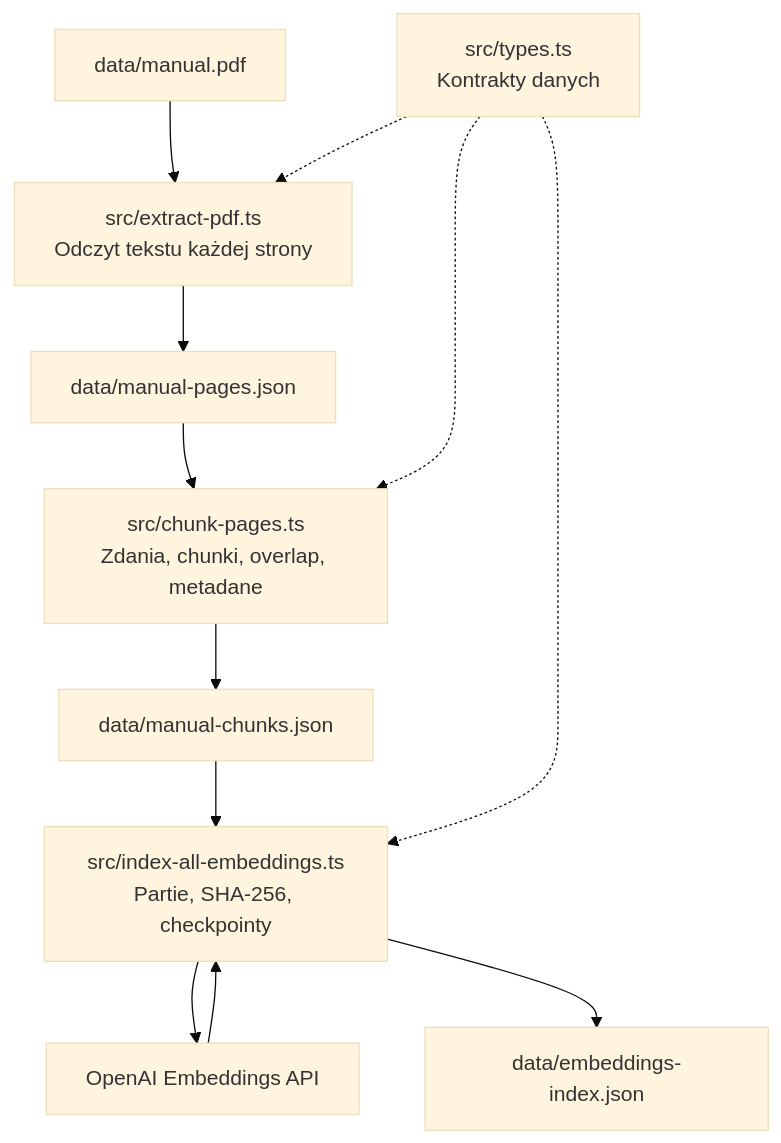
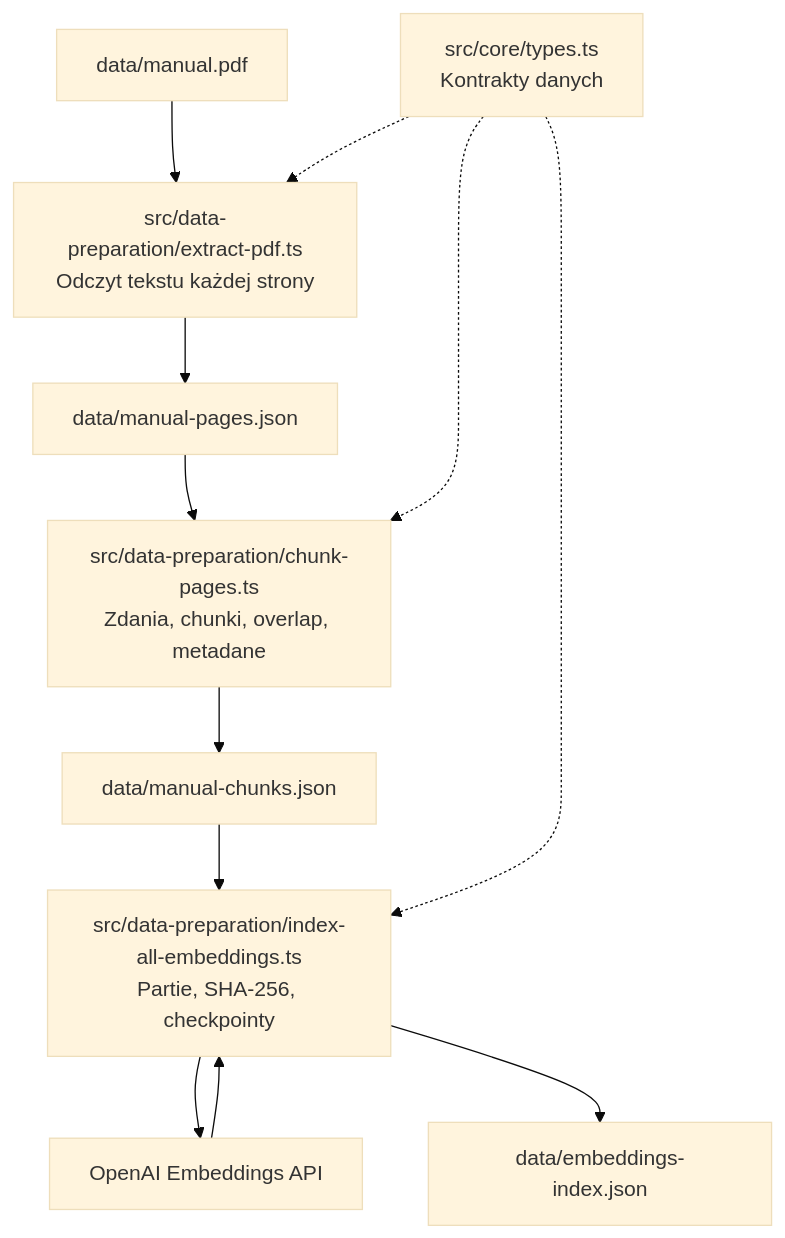
One commit to pawelurb/car-mcp changed the first of 2 diagrams in README.md. Above: the diagram before and after it, drawn with Mermaid (base theme). The commit also changed other lines of this file and 11 other files, not shown here.

````diff
--- a/README.md
+++ b/README.md
@@ -43,14 +43,14 @@
 ```mermaid
 flowchart TD
-    PDF["data/manual.pdf"] --> EXTRACT["src/extract-pdf.ts<br/>Odczyt tekstu każdej strony"]
+    PDF["data/manual.pdf"] --> EXTRACT["src/data-preparation/extract-pdf.ts<br/>Odczyt tekstu każdej strony"]
     EXTRACT --> PAGES["data/manual-pages.json"]
-    PAGES --> CHUNK["src/chunk-pages.ts<br/>Zdania, chunki, overlap, metadane"]
+    PAGES --> CHUNK["src/data-preparation/chunk-pages.ts<br/>Zdania, chunki, overlap, metadane"]
     CHUNK --> CHUNKS["data/manual-chunks.json"]
-    CHUNKS --> INDEXER["src/index-all-embeddings.ts<br/>Partie, SHA-256, checkpointy"]
+    CHUNKS --> INDEXER["src/data-preparation/index-all-embeddings.ts<br/>Partie, SHA-256, checkpointy"]
     INDEXER --> API["OpenAI Embeddings API"]
     API --> INDEXER
     INDEXER --> INDEX["data/embeddings-index.json"]
-    TYPES["src/types.ts<br/>Kontrakty danych"] -.-> EXTRACT
+    TYPES["src/core/types.ts<br/>Kontrakty danych"] -.-> EXTRACT
     TYPES -.-> CHUNK
     TYPES -.-> INDEXER
 ```
````
